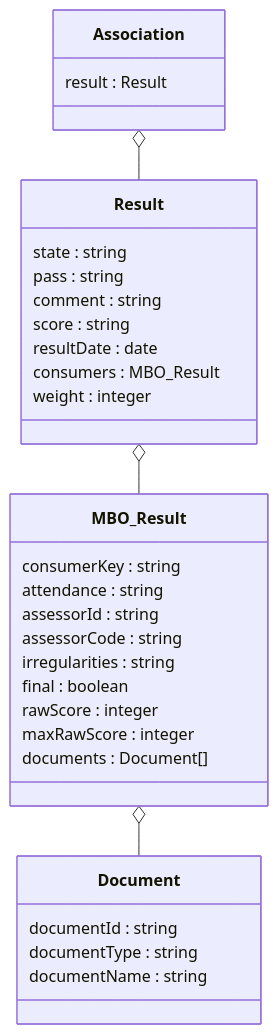
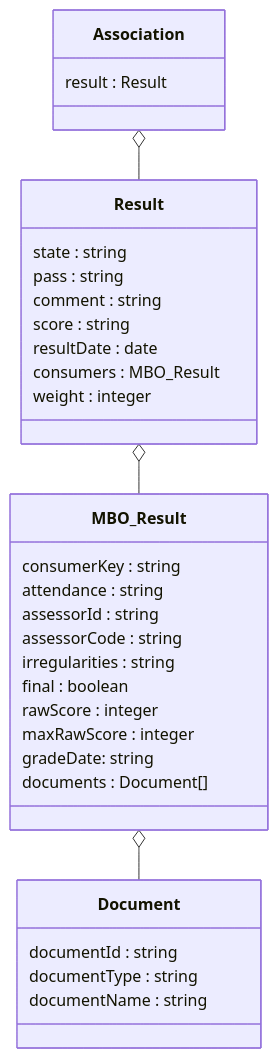
Before and after one commit to NetwerkExamineringDigitalisering/NED-OOAPI: the second of 6 diagrams in doc/flow3.md, drawn with Mermaid.

````diff
--- a/doc/flow3.md
+++ b/doc/flow3.md
@@ -22,34 +22,35 @@
 ```mermaid
 classDiagram
     class Association {
 	result : Result
     }
     class Result {
     	state : string
 	pass : string
 	comment : string
 	score : string
 	resultDate : date
 	consumers : MBO_Result
 	weight : integer
     }
     class MBO_Result {
 	consumerKey : string
 	attendance : string
 	assessorId : string
 	assessorCode : string 
 	irregularities : string
 	final : boolean 
 	rawScore : integer 
-	maxRawScore : integer 
+	maxRawScore : integer
+	gradeDate: string
 	documents : Document[]
     }
     class Document {
 	documentId : string
 	documentType : string
 	documentName : string
     }
     Association o-- Result
     Result o-- MBO_Result
     MBO_Result o-- Document
 ```
````
